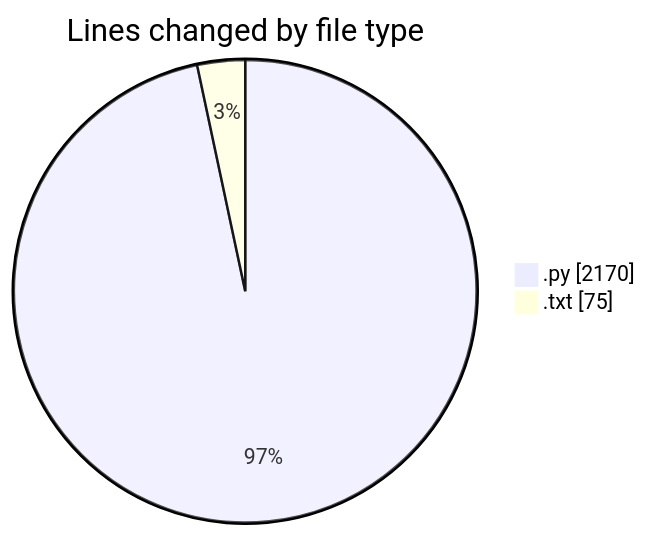
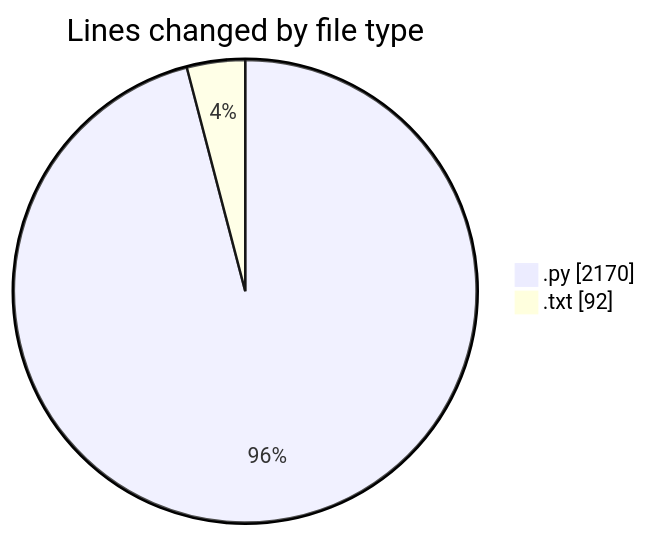
One commit to Ritupan-Deka/code-tracking changed the first of 2 diagrams in 2025-05-26/zip_file/README.md. Above: the diagram before and after it, drawn with Mermaid. The commit also changed other lines of this file and 1 other file, not shown here.

````diff
--- a/2025-05-26/zip_file/README.md
+++ b/2025-05-26/zip_file/README.md
@@ -26,6 +27,6 @@
 ```mermaid
 pie showData
 title Lines changed by file type
 ".py" : 2170
-".txt" : 75
+".txt" : 92
 ```
````
